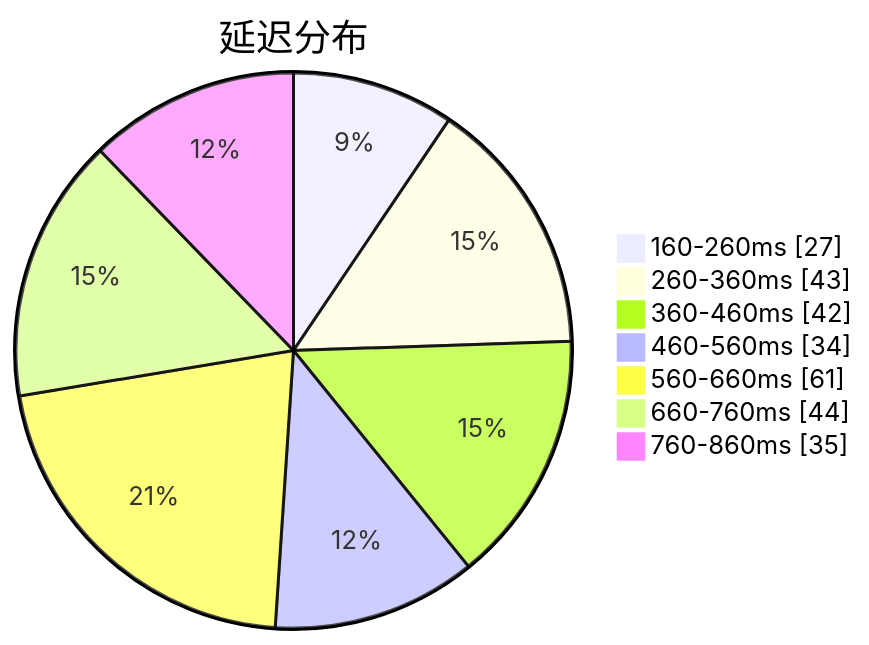
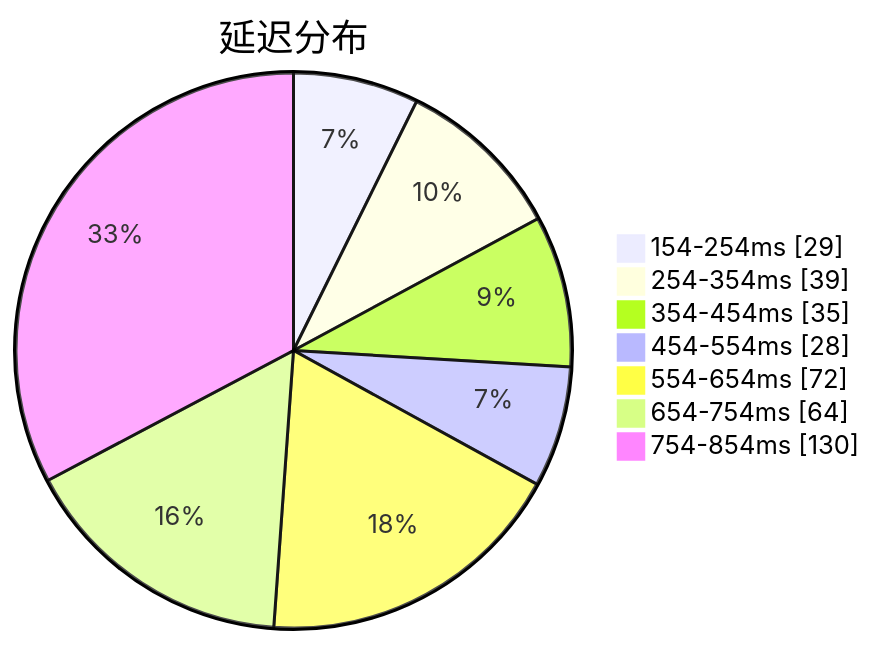
The first of 3 diagrams in subs/statistics/tested_within.md (qjlxg/airport), drawn with Mermaid before and after one commit. The commit also changed other lines of this file and 2 other files, not shown here.

````diff
--- a/subs/statistics/tested_within.md
+++ b/subs/statistics/tested_within.md
@@ -2,11 +2,11 @@
 ```mermaid
 pie showData
 title 延迟分布
-"160-260ms" : 27
-"260-360ms" : 43
-"360-460ms" : 42
-"460-560ms" : 34
-"560-660ms" : 61
-"660-760ms" : 44
-"760-860ms" : 35
+"154-254ms" : 29
+"254-354ms" : 39
+"354-454ms" : 35
+"454-554ms" : 28
+"554-654ms" : 72
+"654-754ms" : 64
+"754-854ms" : 130
 ```
````
